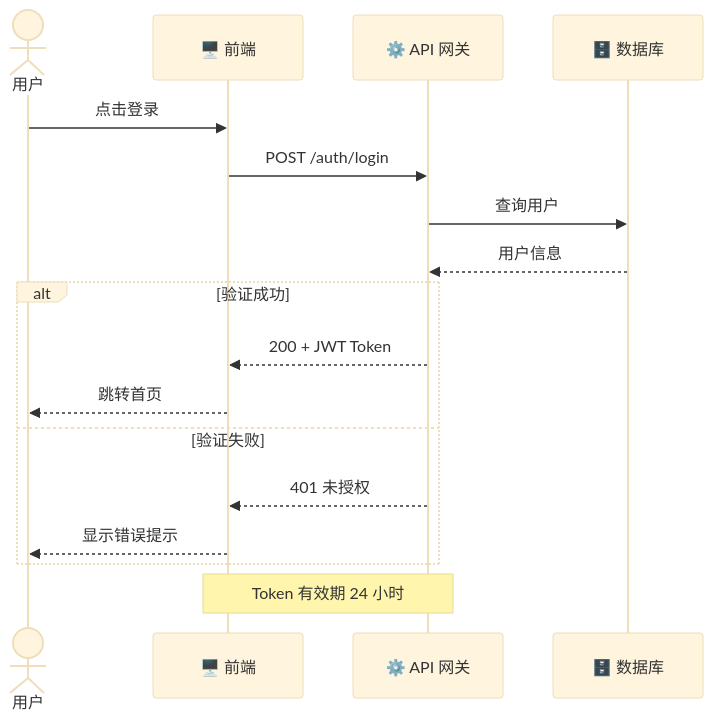
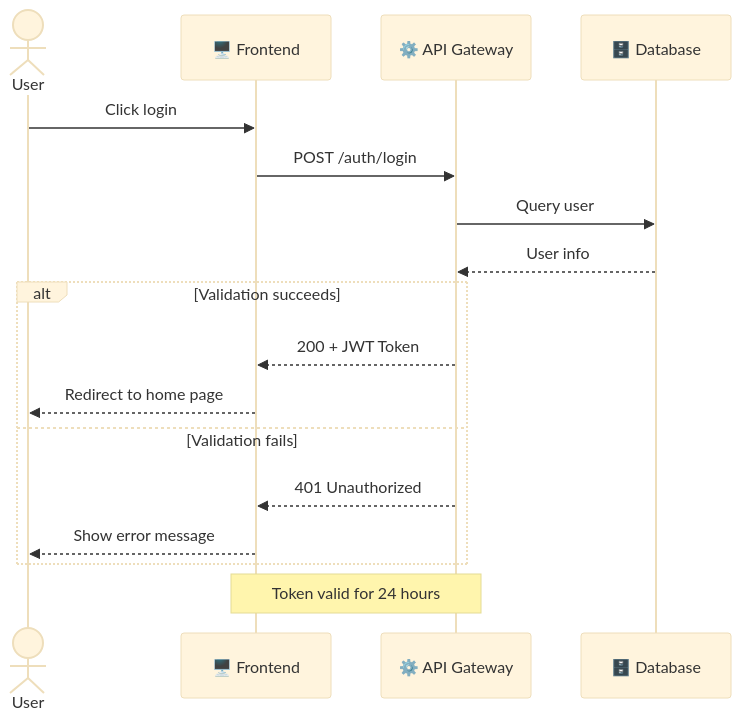
One commit to abdou-da0wew/zcode-skills changed the third of 15 diagrams in skills/charts/references/mermaid.md. Above: the diagram before and after it, drawn with Mermaid (base theme). The commit also changed other lines of this file and 504 other files, not shown here.

````diff
--- a/skills/charts/references/mermaid.md
+++ b/skills/charts/references/mermaid.md
@@ -297,22 +297,22 @@
 ```mermaid
 sequenceDiagram
-    actor 用户
-    participant 前端 as 🖥️ 前端
-    participant API as ⚙️ API 网关
-    participant DB as 🗄️ 数据库
+    actor User
+    participant Frontend as 🖥️ Frontend
+    participant API as ⚙️ API Gateway
+    participant DB as 🗄️ Database
 
-    用户->>前端: 点击登录
-    前端->>API: POST /auth/login
-    API->>DB: 查询用户
-    DB-->>API: 用户信息
+    User->>Frontend: Click login
+    Frontend->>API: POST /auth/login
+    API->>DB: Query user
+    DB-->>API: User info
     
-    alt 验证成功
-        API-->>前端: 200 + JWT Token
-        前端-->>用户: 跳转首页
-    else 验证失败
-        API-->>前端: 401 未授权
-        前端-->>用户: 显示错误提示
+    alt Validation succeeds
+        API-->>Frontend: 200 + JWT Token
+        Frontend-->>User: Redirect to home page
+    else Validation fails
+        API-->>Frontend: 401 Unauthorized
+        Frontend-->>User: Show error message
     end
     
-    Note over 前端,API: Token 有效期 24 小时
+    Note over Frontend,API: Token valid for 24 hours
 ```
````
